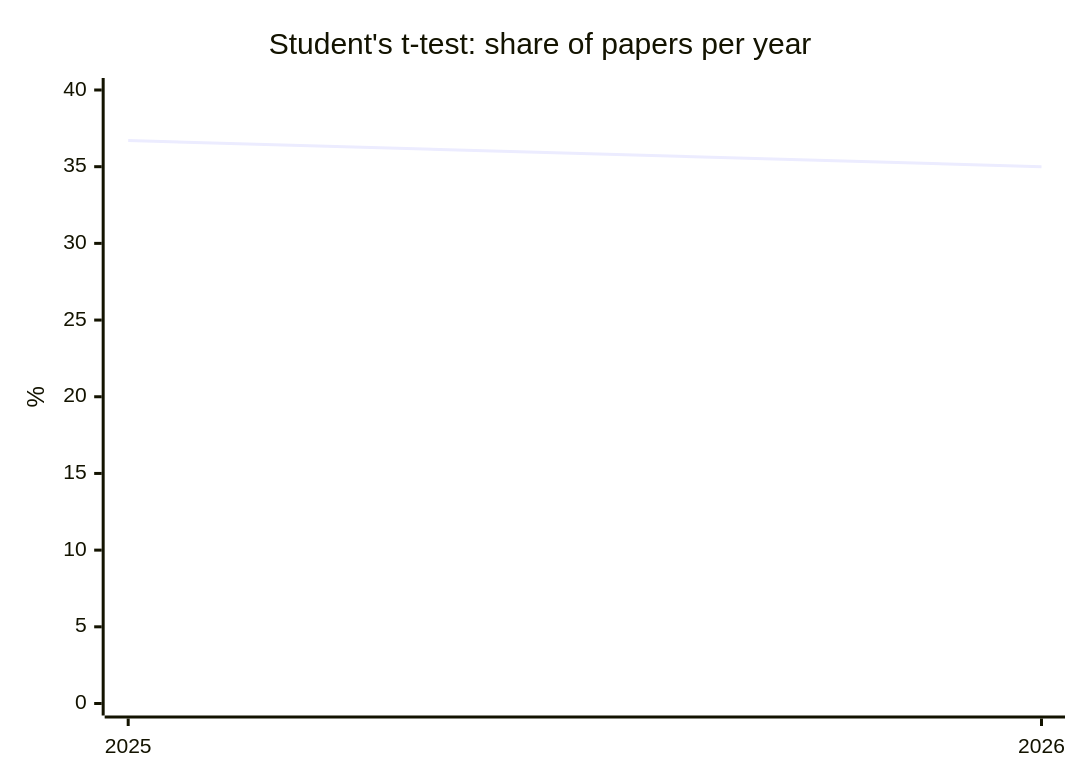
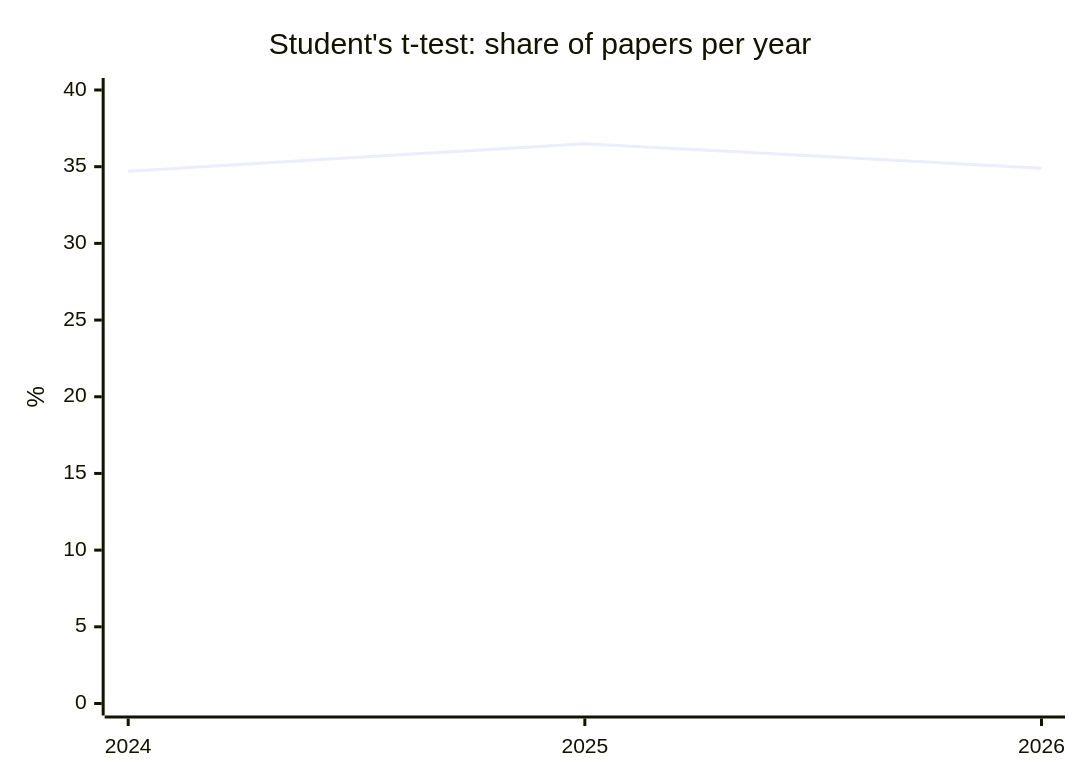
One commit to nfdi4health/datashield-function-ideas changed the third of 5 diagrams in literature-watch/reports/overview.md. Above: the diagram before and after it, drawn with Mermaid. The commit also changed other lines of this file and 1 other file, not shown here.

````diff
--- a/literature-watch/reports/overview.md
+++ b/literature-watch/reports/overview.md
@@ -68,7 +68,7 @@
 ```mermaid
 xychart-beta
   title "Student's t-test: share of papers per year"
-  x-axis [2025, 2026]
+  x-axis [2024, 2025, 2026]
   y-axis "%" 0 --> 40
-  line [36.7, 35.0]
+  line [34.7, 36.5, 34.9]
 ```
````
